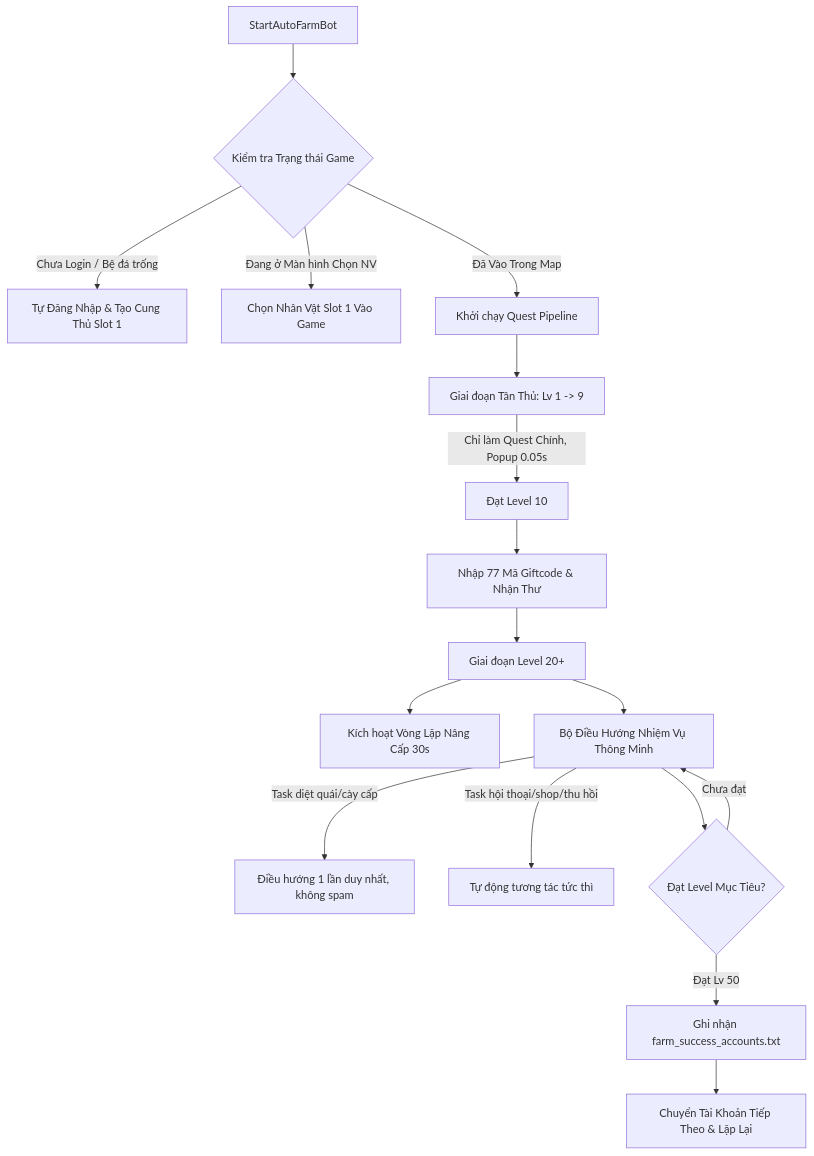
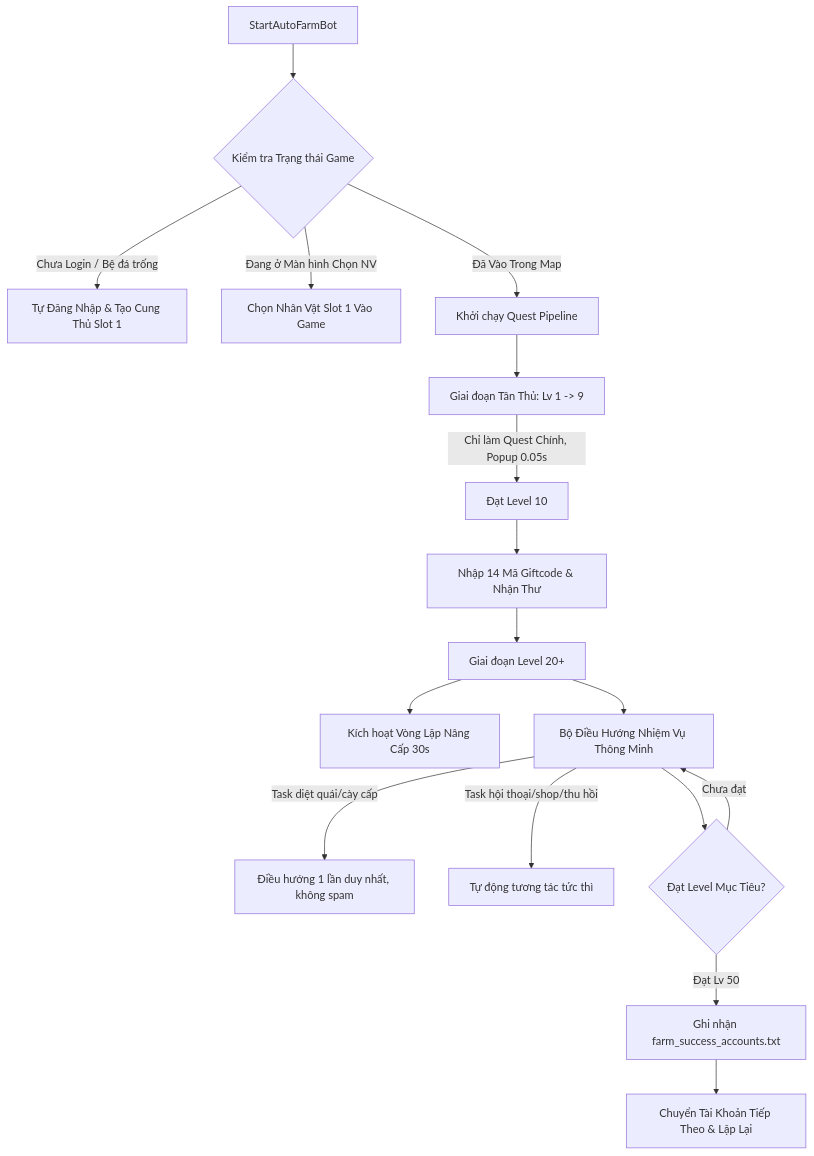
The diagram in final/modified_lua_dev_farm/FARM_BOT_WORKFLOW_NOTE.md (xoajxanh/muvh), drawn with Mermaid before and after one commit. The commit also changed other lines of this file and 8 other files, not shown here.

````diff
--- a/final/modified_lua_dev_farm/FARM_BOT_WORKFLOW_NOTE.md
+++ b/final/modified_lua_dev_farm/FARM_BOT_WORKFLOW_NOTE.md
@@ -13,24 +13,24 @@
 ```mermaid
 flowchart TD
     A[StartAutoFarmBot] --> B{Kiểm tra Trạng thái Game}
     B -->|Chưa Login / Bệ đá trống| C[Tự Đăng Nhập & Tạo Cung Thủ Slot 1]
     B -->|Đang ở Màn hình Chọn NV| D[Chọn Nhân Vật Slot 1 Vào Game]
     B -->|Đã Vào Trong Map| E[Khởi chạy Quest Pipeline]
     
     E --> F[Giai đoạn Tân Thủ: Lv 1 -> 9]
     F -->|Chỉ làm Quest Chính, Popup 0.05s| G[Đạt Level 10]
     
-    G --> H[Nhập 77 Mã Giftcode & Nhận Thư]
+    G --> H[Nhập 14 Mã Giftcode & Nhận Thư]
     H --> I[Giai đoạn Level 20+]
     
     I --> J[Kích hoạt Vòng Lặp Nâng Cấp 30s]
     I --> K[Bộ Điều Hướng Nhiệm Vụ Thông Minh]
     
     K -->|Task diệt quái/cày cấp| L[Điều hướng 1 lần duy nhất, không spam]
     K -->|Task hội thoại/shop/thu hồi| M[Tự động tương tác tức thì]
     
     K --> N{Đạt Level Mục Tiêu?}
     N -->|Chưa đạt| K
     N -->|Đạt Lv 50| O[Ghi nhận farm_success_accounts.txt]
     O --> P[Chuyển Tài Khoản Tiếp Theo & Lặp Lại]
 ```
````
